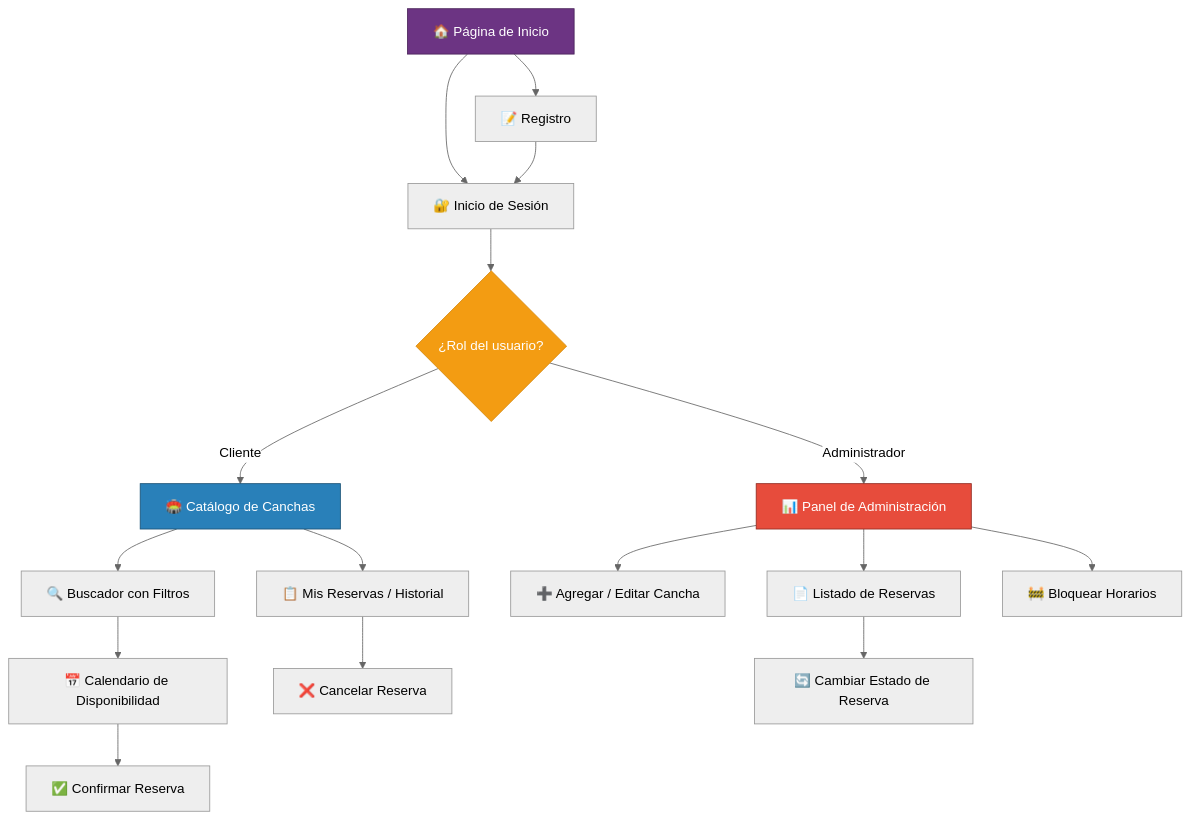
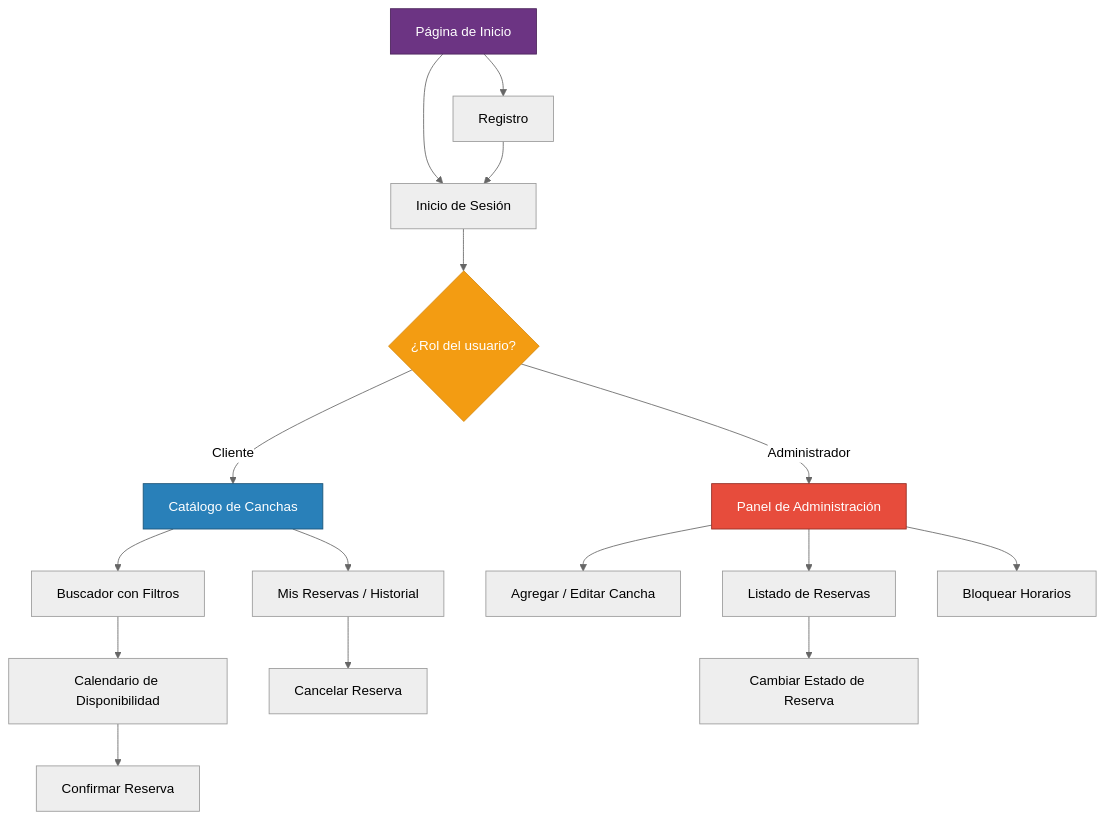
Before and after one commit to WalterJoel18/Sw-para-reserva-de-canchas-e-instalaciones-deportivas: the third of 4 diagrams in README.md, drawn with Mermaid (neutral theme).

Commit message:
revision

````diff
--- a/README.md
+++ b/README.md
@@ -352,28 +352,28 @@
 ```mermaid
 flowchart TD
-    A["🏠 Página de Inicio"] --> B["📝 Registro"]
-    A --> C["🔐 Inicio de Sesión"]
+    A["Página de Inicio"] --> B["Registro"]
+    A --> C["Inicio de Sesión"]
 
     C --> D{"¿Rol del usuario?"}
 
-    D -->|Cliente| E["🏟️ Catálogo de Canchas"]
-    D -->|Administrador| K["📊 Panel de Administración"]
+    D -->|Cliente| E["Catálogo de Canchas"]
+    D -->|Administrador| K["Panel de Administración"]
 
-    E --> F["🔍 Buscador con Filtros"]
-    F --> G["📅 Calendario de Disponibilidad"]
-    G --> H["✅ Confirmar Reserva"]
-    E --> I["📋 Mis Reservas / Historial"]
-    I --> J["❌ Cancelar Reserva"]
+    E --> F["Buscador con Filtros"]
+    F --> G["Calendario de Disponibilidad"]
+    G --> H["Confirmar Reserva"]
+    E --> I["Mis Reservas / Historial"]
+    I --> J["Cancelar Reserva"]
 
-    K --> L["➕ Agregar / Editar Cancha"]
-    K --> M["📄 Listado de Reservas"]
-    M --> N["🔄 Cambiar Estado de Reserva"]
-    K --> O["🚧 Bloquear Horarios"]
+    K --> L["Agregar / Editar Cancha"]
+    K --> M["Listado de Reservas"]
+    M --> N["Cambiar Estado de Reserva"]
+    K --> O["Bloquear Horarios"]
 
     B --> C
 
     style A fill:#6C3483,stroke:#4A235A,color:#fff
     style D fill:#F39C12,stroke:#D68910,color:#fff
     style E fill:#2980B9,stroke:#1A5276,color:#fff
     style K fill:#E74C3C,stroke:#922B21,color:#fff
 ```
````
